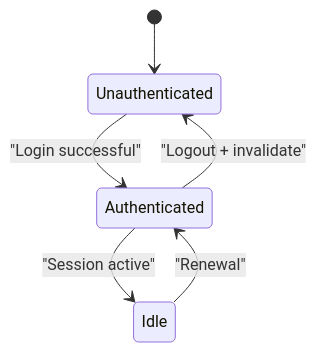
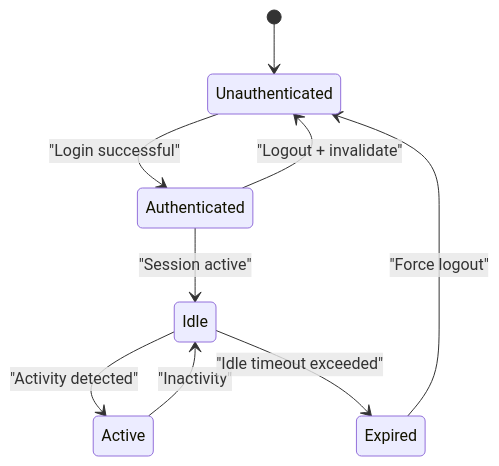
One commit to mahbub095/bus-app changed the tenth of 11 diagrams in .qoder/repowiki/en/content/Security Implementation/Security Implementation.md. Above: the diagram before and after it, drawn with Mermaid. The commit also changed other lines of this file and 130 other files, not shown here.

````diff
--- a/.qoder/repowiki/en/content/Security Implementation/Security Implementation.md
+++ b/.qoder/repowiki/en/content/Security Implementation/Security Implementation.md
@@ -425,8 +556,11 @@
 ```mermaid
 stateDiagram-v2
 [*] --> Unauthenticated
 Unauthenticated --> Authenticated : "Login successful"
 Authenticated --> Idle : "Session active"
-Idle --> Authenticated : "Renewal"
+Idle --> Active : "Activity detected"
+Active --> Idle : "Inactivity"
+Idle --> Expired : "Idle timeout exceeded"
+Expired --> Unauthenticated : "Force logout"
 Authenticated --> Unauthenticated : "Logout + invalidate"
 ```
````
